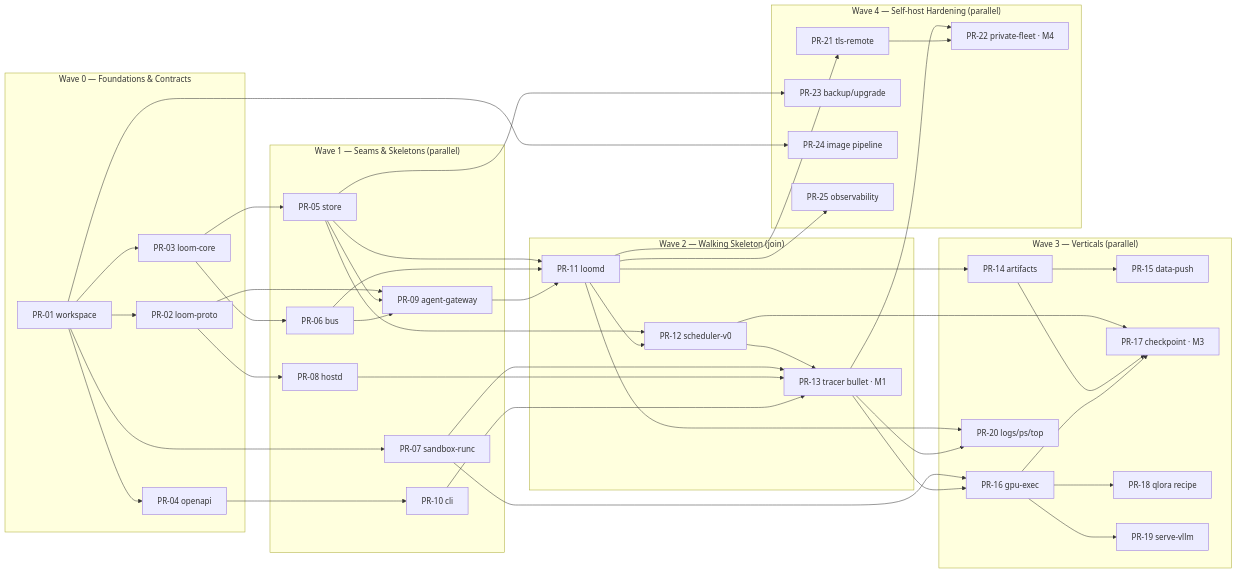
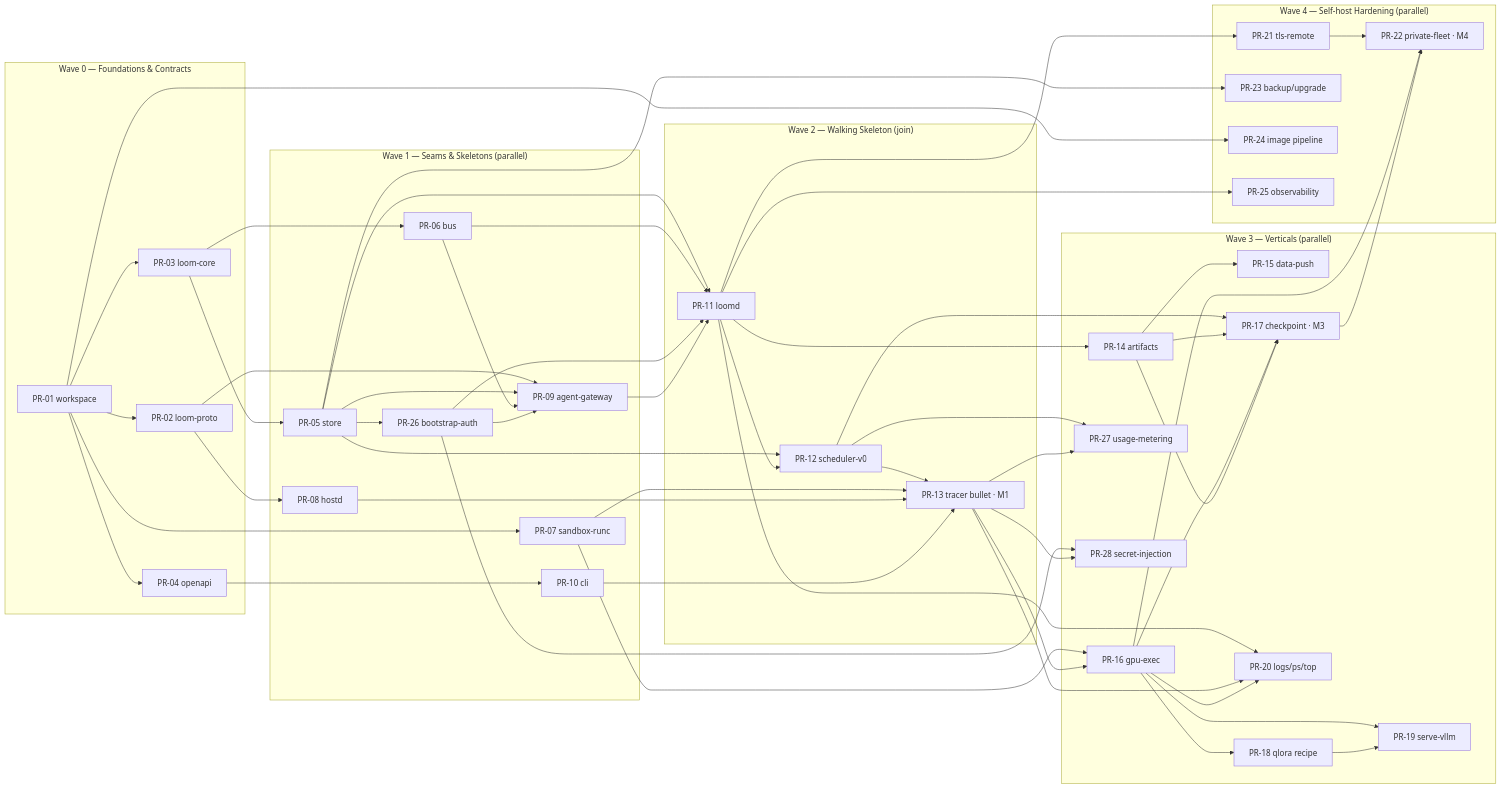
One commit to Zarlanx/loom changed the diagram in docs/build/README.md. Above: the diagram before and after it, drawn with Mermaid. The commit also changed other lines of this file and 3 other files, not shown here.

````diff
--- a/docs/build/README.md
+++ b/docs/build/README.md
@@ -38,56 +39,62 @@
 ```mermaid
 flowchart LR
     subgraph W0["Wave 0 — Foundations & Contracts"]
         P01["PR-01 workspace"]
         P02["PR-02 loom-proto"]
         P03["PR-03 loom-core"]
         P04["PR-04 openapi"]
     end
     subgraph W1["Wave 1 — Seams & Skeletons (parallel)"]
         P05["PR-05 store"]
         P06["PR-06 bus"]
         P07["PR-07 sandbox-runc"]
         P08["PR-08 hostd"]
         P09["PR-09 agent-gateway"]
         P10["PR-10 cli"]
+        P26["PR-26 bootstrap-auth"]
     end
     subgraph W2["Wave 2 — Walking Skeleton (join)"]
         P11["PR-11 loomd"]
         P12["PR-12 scheduler-v0"]
         P13["PR-13 tracer bullet · M1"]
     end
     subgraph W3["Wave 3 — Verticals (parallel)"]
         P14["PR-14 artifacts"]
         P15["PR-15 data-push"]
         P16["PR-16 gpu-exec"]
         P17["PR-17 checkpoint · M3"]
         P18["PR-18 qlora recipe"]
         P19["PR-19 serve-vllm"]
         P20["PR-20 logs/ps/top"]
+        P27["PR-27 usage-metering"]
+        P28["PR-28 secret-injection"]
     end
     subgraph W4["Wave 4 — Self-host Hardening (parallel)"]
         P21["PR-21 tls-remote"]
         P22["PR-22 private-fleet · M4"]
         P23["PR-23 backup/upgrade"]
         P24["PR-24 image pipeline"]
         P25["PR-25 observability"]
     end
     P01 --> P02 & P03 & P04 & P07 & P24
     P03 --> P05 & P06
     P02 --> P08 & P09
     P04 --> P10
-    P05 --> P09 & P11 & P12 & P23
+    P05 --> P09 & P11 & P12 & P23 & P26
     P06 --> P09 & P11
+    P26 --> P09 & P11 & P28
     P09 --> P11
     P11 --> P12 & P14 & P20 & P25
-    P12 --> P13 & P17
+    P12 --> P13 & P17 & P27
     P07 --> P13 & P16
     P08 --> P13
     P10 --> P13
-    P13 --> P16 & P20
+    P13 --> P16 & P20 & P27 & P28
     P14 --> P15 & P17
-    P16 --> P17 & P18 & P19
+    P16 --> P17 & P18 & P19 & P20 & P22
+    P18 --> P19
+    P14 --> P17
     P11 --> P21
-    P13 --> P22
+    P17 --> P22
     P21 --> P22
 ```
````
